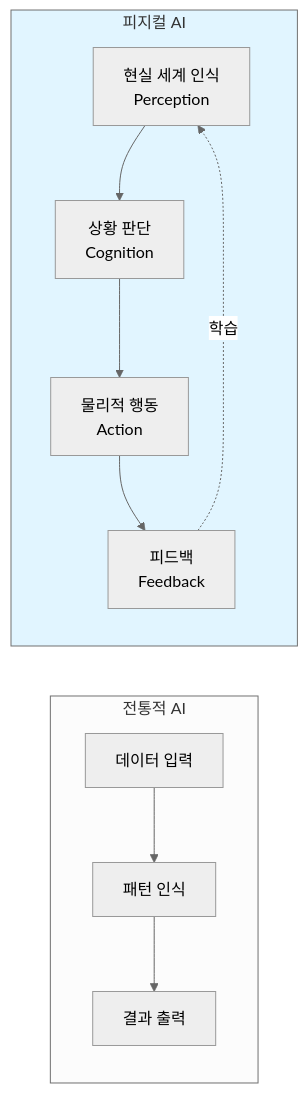
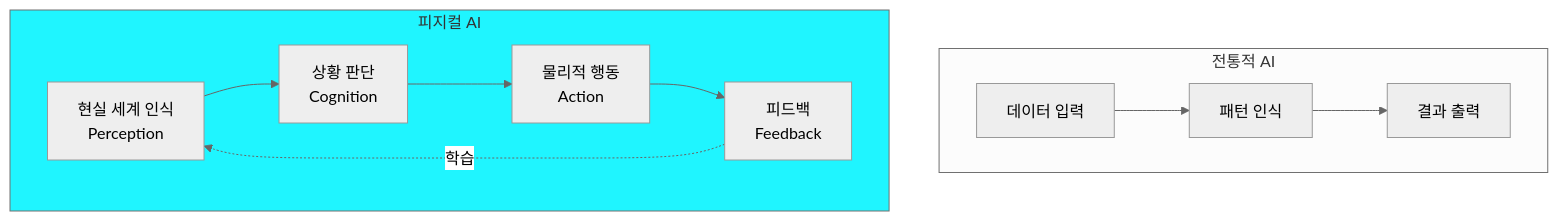
Before and after one commit to Collegenie-X/Smart_Factory_Arms_Project: the first of 36 diagrams in docs/04_피지컬AI_학습방법.md, drawn with Mermaid (neutral theme). The commit also changed other lines of this file and 20 other files, not shown here.

````diff
--- a/docs/04_피지컬AI_학습방법.md
+++ b/docs/04_피지컬AI_학습방법.md
@@ -7,23 +7,23 @@
 ```mermaid
-graph LR
+graph TB
     subgraph 전통AI[전통적 AI]
         A1[데이터 입력]
         A2[패턴 인식]
         A3[결과 출력]
     end
     
     subgraph 피지컬AI[피지컬 AI]
         B1[현실 세계 인식<br/>Perception]
         B2[상황 판단<br/>Cognition]
         B3[물리적 행동<br/>Action]
         B4[피드백<br/>Feedback]
     end
     
     A1 --> A2 --> A3
     
     B1 --> B2 --> B3
     B3 --> B4
     B4 -.->|학습| B1
     
-    style 피지컬AI fill:#e1f5ff
+    style 피지컬AI fill:#1Ff5ff
 ```
````
